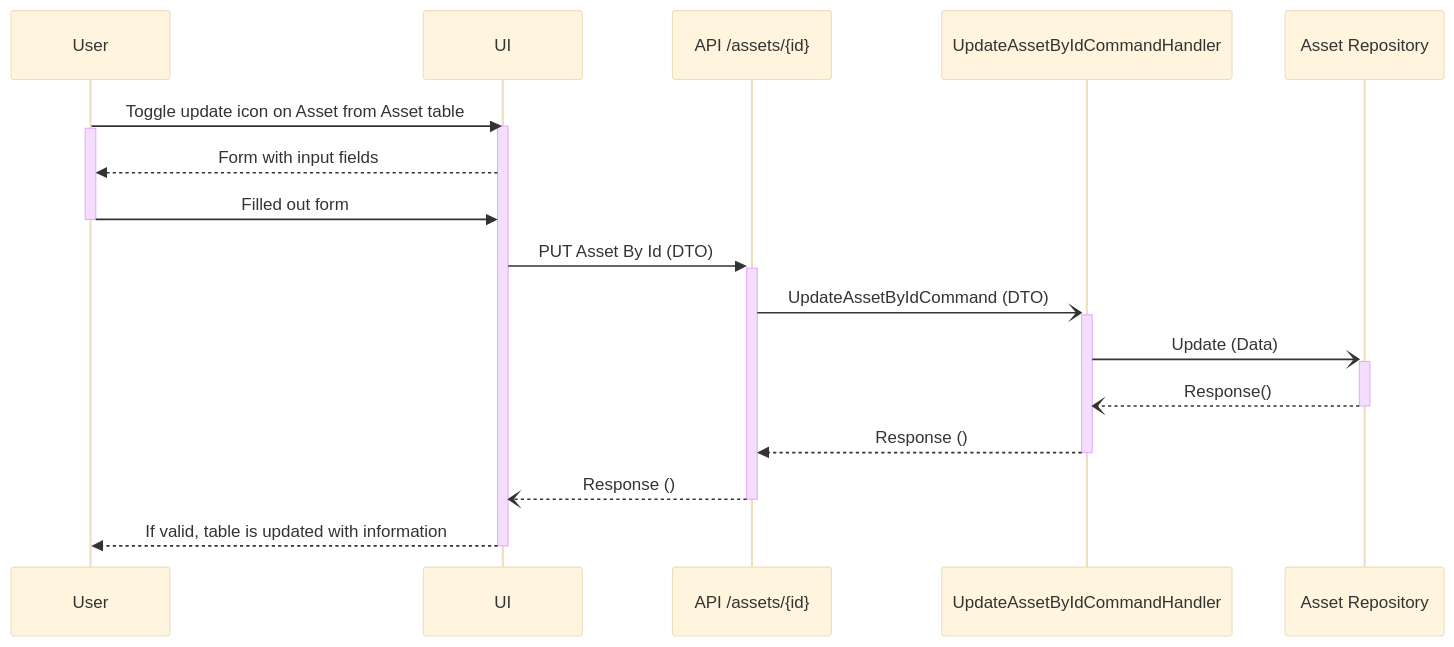
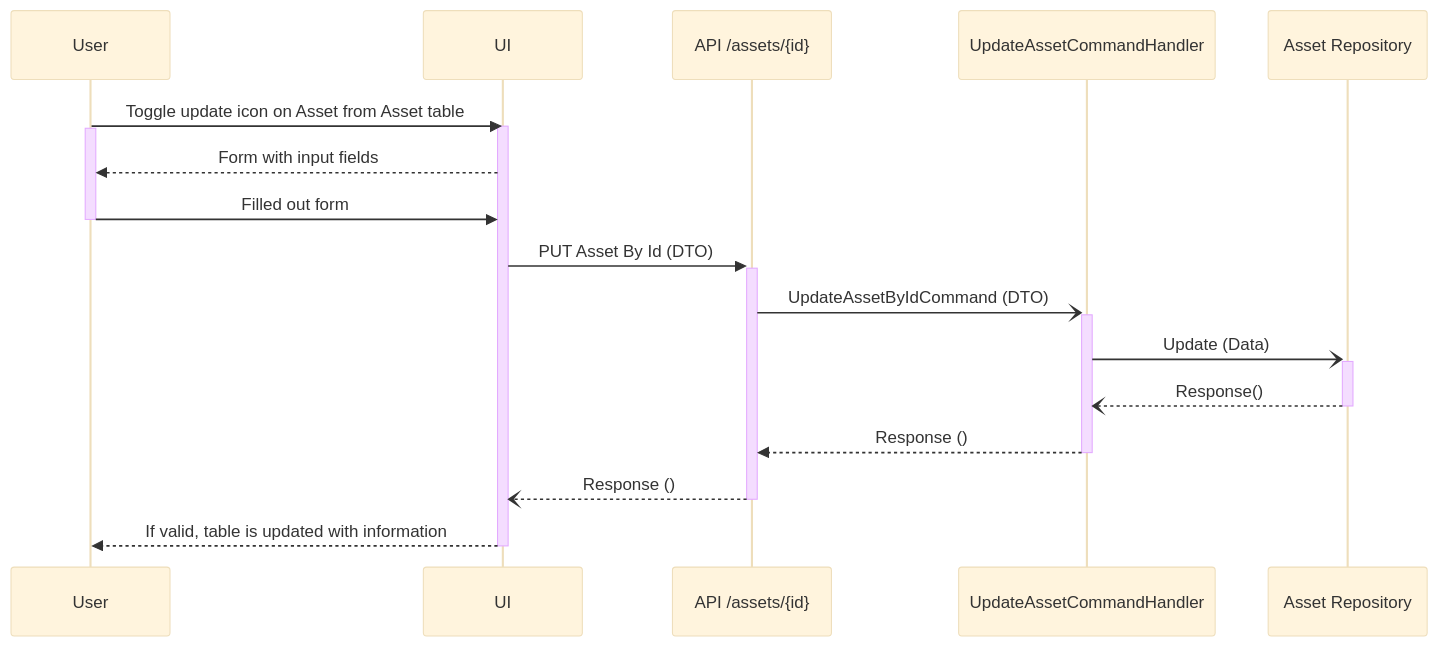
The first of 3 diagrams in docs/sequence-diagrams/update-asset.md (livun/bouvet-asset-hub), drawn with Mermaid (base theme) before and after one commit. The commit also changed other lines of this file and 18 other files, not shown here.

Commit message:
asset commands, handlers, api, repos

````diff
--- a/docs/sequence-diagrams/update-asset.md
+++ b/docs/sequence-diagrams/update-asset.md
@@ -7,17 +7,17 @@
 ```mermaid
 sequenceDiagram
     User ->> UI : Toggle update icon on Asset from Asset table
     Activate UI
     Activate User
         UI -->> User : Form with input fields
         User ->> UI : Filled out form
     Deactivate User
             UI ->>+ API /assets/{id}: PUT Asset By Id (DTO)
-                API /assets/{id} -)+ UpdateAssetByIdCommandHandler : UpdateAssetByIdCommand (DTO)
-                    UpdateAssetByIdCommandHandler -)+ Asset Repository : Update (Data)
-                    Asset Repository  --)- UpdateAssetByIdCommandHandler : Response()
-                UpdateAssetByIdCommandHandler -->>- API /assets/{id} : Response ()
+                API /assets/{id} -)+ UpdateAssetCommandHandler : UpdateAssetByIdCommand (DTO)
+                    UpdateAssetCommandHandler -)+ Asset Repository : Update (Data)
+                    Asset Repository  --)- UpdateAssetCommandHandler : Response()
+                UpdateAssetCommandHandler -->>- API /assets/{id} : Response ()
             API /assets/{id} --)- UI  : Response ()
         UI -->> User : If valid, table is updated with information
     Deactivate UI
 ```
````
